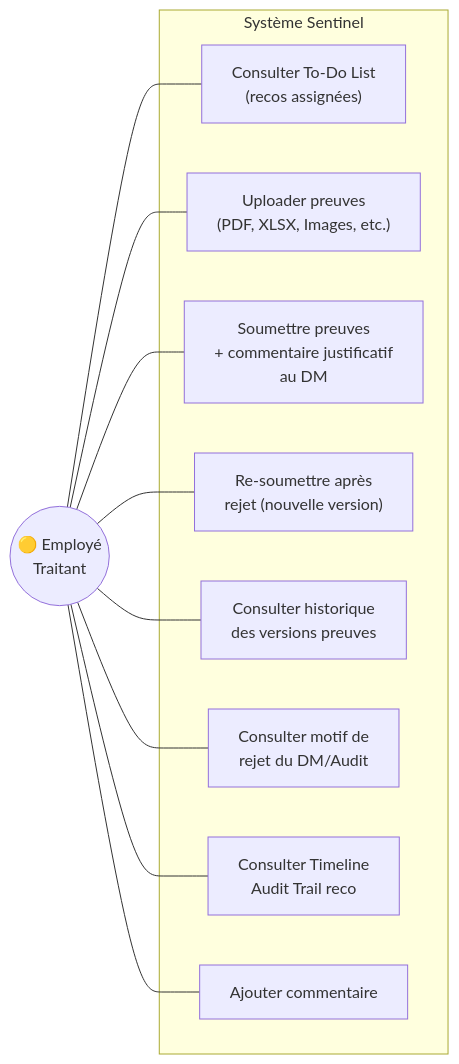
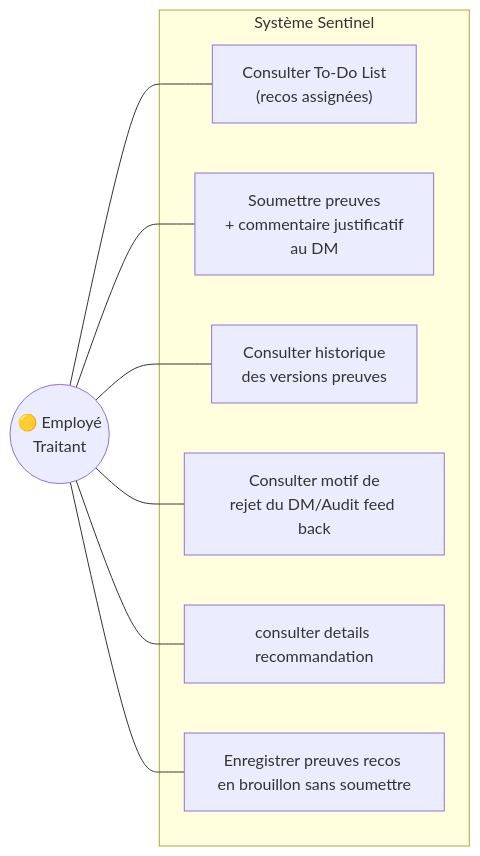
Before and after one commit to Tchendjou2003/bicec--Sentinel: the sixth of 24 diagrams in _bmad-output/planning-artifacts/architecture-v2.md, drawn with Mermaid. The commit also changed other lines of this file and 7 other files, not shown here.

Commit message:
feat: add planning artifacts including UX design specifications, architecture, and project documentation

````diff
--- a/_bmad-output/planning-artifacts/architecture-v2.md
+++ b/_bmad-output/planning-artifacts/architecture-v2.md
@@ -704,24 +735,20 @@
 ```mermaid
 flowchart LR
     subgraph "Système Sentinel"
         UC1["Consulter To-Do List\n(recos assignées)"]
-        UC2["Uploader preuves\n(PDF, XLSX, Images, etc.)"]
-        UC3["Soumettre preuves\n+ commentaire justificatif\nau DM"]
-        UC4["Re-soumettre après\nrejet (nouvelle version)"]
-        UC5["Consulter historique\ndes versions preuves"]
-        UC6["Consulter motif de\nrejet du DM/Audit"]
-        UC7["Consulter Timeline\nAudit Trail reco"]
-        UC8["Ajouter commentaire"]
+        UC2["Soumettre preuves\n+ commentaire justificatif\nau DM"]
+        UC3["Consulter historique\ndes versions preuves"]
+        UC4["Consulter motif de\nrejet du DM/Audit feed back"]
+        UC5["consulter details recommandation"]
+        UC6["Enregistrer preuves recos en brouillon sans soumettre"]
     end
 
     ETP(("🟡 Employé\nTraitant"))
 
     ETP --- UC1
     ETP --- UC2
     ETP --- UC3
     ETP --- UC4
     ETP --- UC5
     ETP --- UC6
-    ETP --- UC7
-    ETP --- UC8
 ```
````
